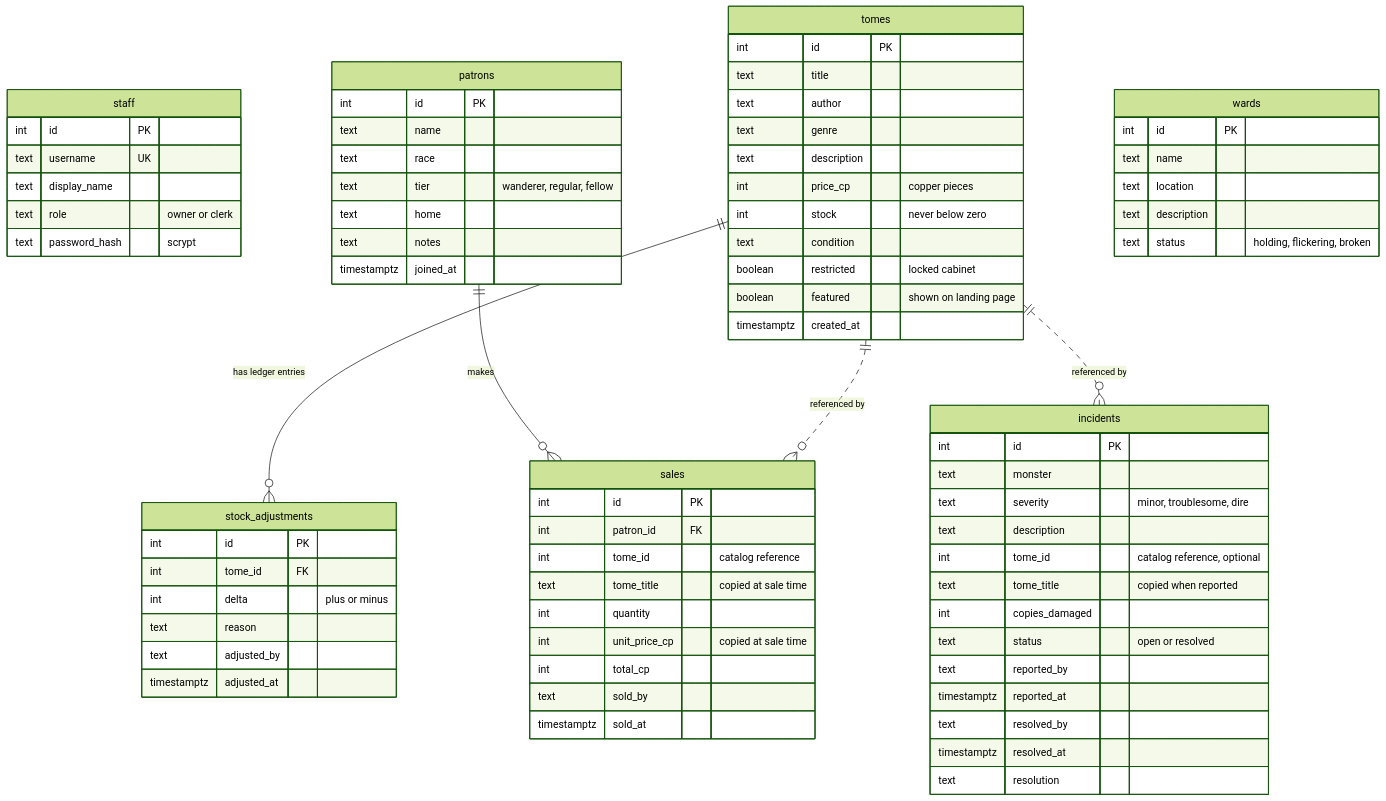
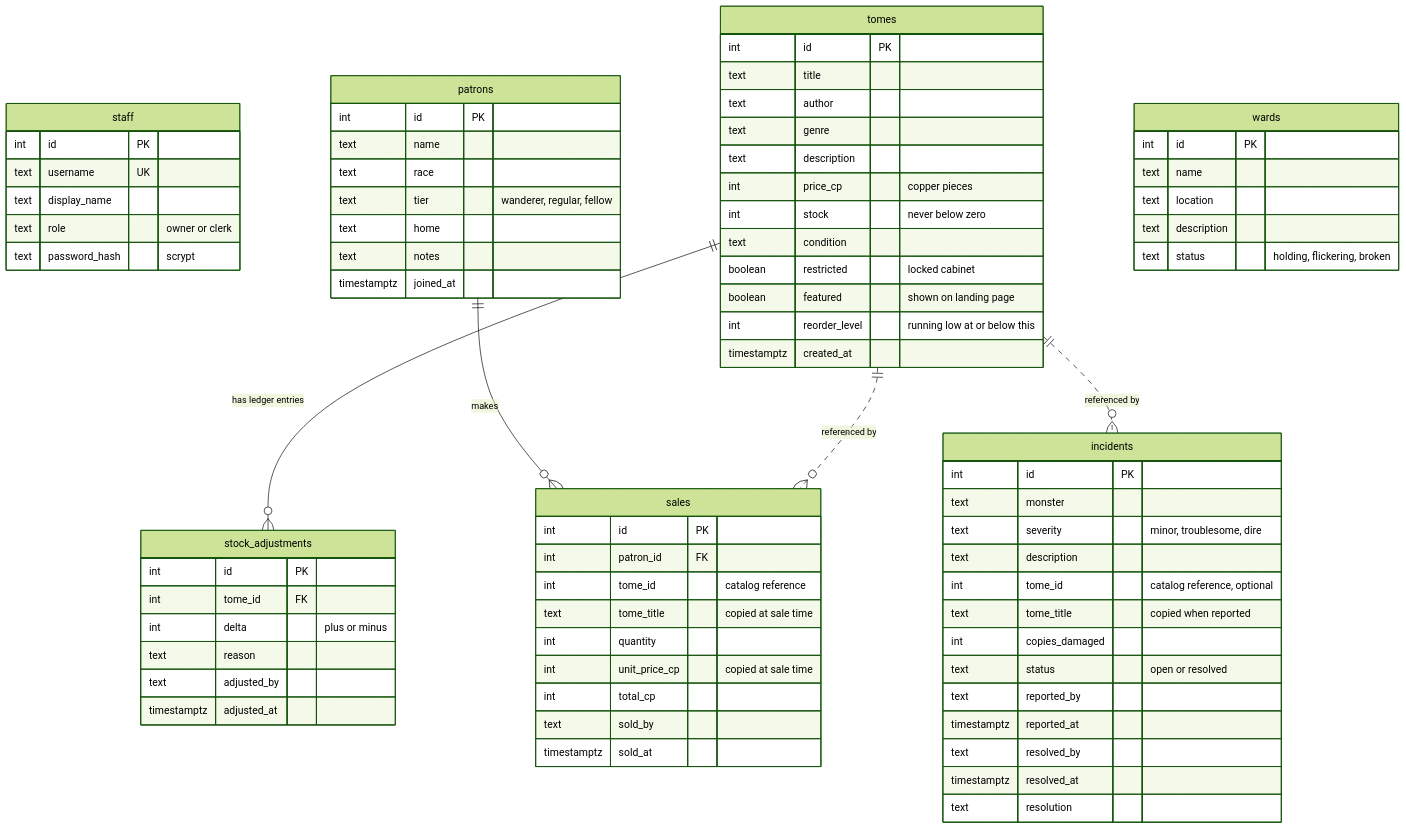
Before and after one commit to CynthiaTaylorEPAM/CozyBookstore: the fifth of 11 diagrams in docs/architecture.md, drawn with Mermaid (forest theme). The commit also changed 4 other files, not shown here.

First line of the commit message:
Give each tome its own reorder level and say when it is running low

````diff
--- a/docs/architecture.md
+++ b/docs/architecture.md
@@ -210,81 +210,82 @@
 ```mermaid
 erDiagram
   staff {
     int id PK
     text username UK
     text display_name
     text role "owner or clerk"
     text password_hash "scrypt"
   }
 
   tomes {
     int id PK
     text title
     text author
     text genre
     text description
     int price_cp "copper pieces"
     int stock "never below zero"
     text condition
     boolean restricted "locked cabinet"
     boolean featured "shown on landing page"
+    int reorder_level "running low at or below this"
     timestamptz created_at
   }
   stock_adjustments {
     int id PK
     int tome_id FK
     int delta "plus or minus"
     text reason
     text adjusted_by
     timestamptz adjusted_at
   }
 
   patrons {
     int id PK
     text name
     text race
     text tier "wanderer, regular, fellow"
     text home
     text notes
     timestamptz joined_at
   }
   sales {
     int id PK
     int patron_id FK
     int tome_id "catalog reference"
     text tome_title "copied at sale time"
     int quantity
     int unit_price_cp "copied at sale time"
     int total_cp
     text sold_by
     timestamptz sold_at
   }
 
   incidents {
     int id PK
     text monster
     text severity "minor, troublesome, dire"
     text description
     int tome_id "catalog reference, optional"
     text tome_title "copied when reported"
     int copies_damaged
     text status "open or resolved"
     text reported_by
     timestamptz reported_at
     text resolved_by
     timestamptz resolved_at
     text resolution
   }
   wards {
     int id PK
     text name
     text location
     text description
     text status "holding, flickering, broken"
   }
 
   tomes ||--o{ stock_adjustments : "has ledger entries"
   patrons ||--o{ sales : "makes"
   tomes ||..o{ sales : "referenced by"
   tomes ||..o{ incidents : "referenced by"
 ```
````
